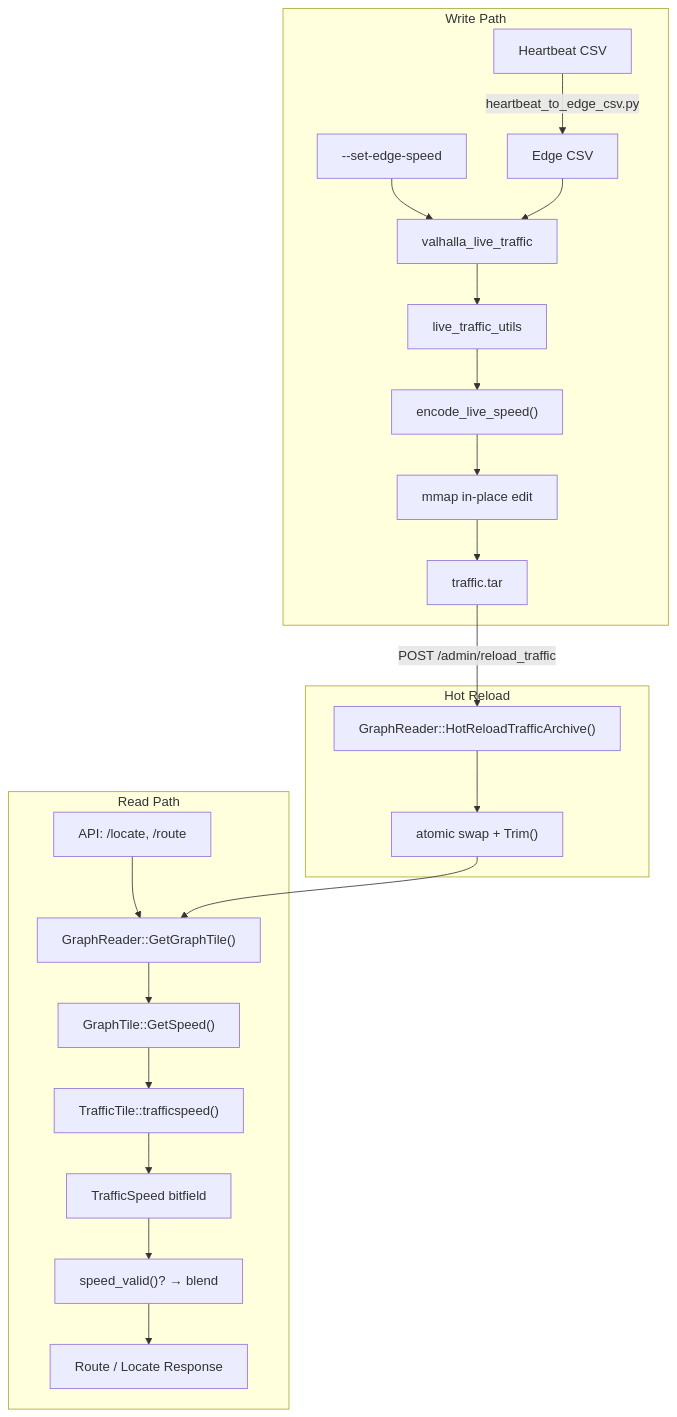
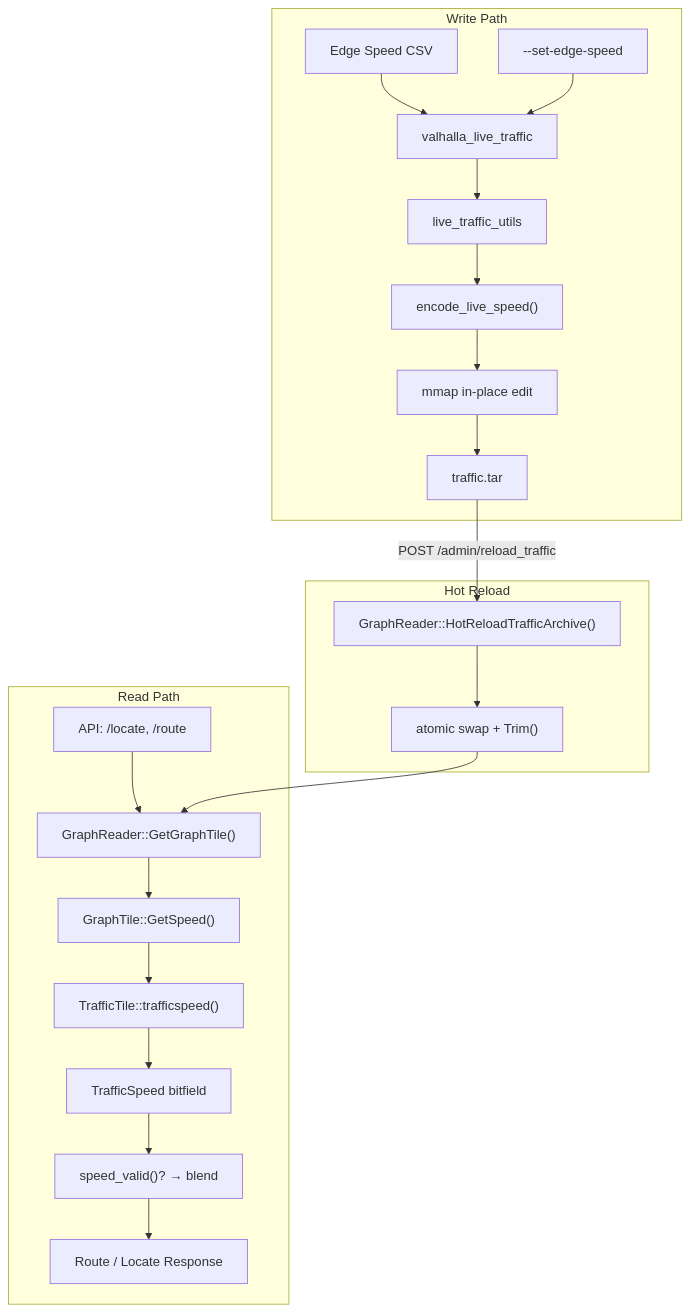
One commit to YiZe-Rao/valhalla_hotreload changed the first of 2 diagrams in README.md. Above: the diagram before and after it, drawn with Mermaid. The commit also changed other lines of this file and 22 other files, not shown here.

````diff
--- a/README.md
+++ b/README.md
@@ -44,28 +24,27 @@
 ```mermaid
 graph TD
     subgraph "Write Path"
-        A["Heartbeat CSV"] -->|heartbeat_to_edge_csv.py| B["Edge CSV"]
-        C["--set-edge-speed"] --> D["valhalla_live_traffic"]
-        B --> D
-        D --> E["live_traffic_utils"]
-        E --> F["encode_live_speed()"]
-        F --> G["mmap in-place edit"]
-        G --> H["traffic.tar"]
+        A["Edge Speed CSV"] --> B["valhalla_live_traffic"]
+        C["--set-edge-speed"] --> B
+        B --> D["live_traffic_utils"]
+        D --> E["encode_live_speed()"]
+        E --> F["mmap in-place edit"]
+        F --> G["traffic.tar"]
     end
 
     subgraph "Hot Reload"
-        H -->|"POST /admin/reload_traffic"| I["GraphReader::HotReloadTrafficArchive()"]
-        I --> J["atomic swap + Trim()"]
+        G -->|"POST /admin/reload_traffic"| H["GraphReader::HotReloadTrafficArchive()"]
+        H --> I["atomic swap + Trim()"]
     end
 
     subgraph "Read Path"
-        K["API: /locate, /route"] --> L["GraphReader::GetGraphTile()"]
-        L --> M["GraphTile::GetSpeed()"]
-        M --> N["TrafficTile::trafficspeed()"]
-        N --> O["TrafficSpeed bitfield"]
-        O --> P["speed_valid()? → blend"]
-        P --> Q["Route / Locate Response"]
+        J["API: /locate, /route"] --> K["GraphReader::GetGraphTile()"]
+        K --> L["GraphTile::GetSpeed()"]
+        L --> M["TrafficTile::trafficspeed()"]
+        M --> N["TrafficSpeed bitfield"]
+        N --> O["speed_valid()? → blend"]
+        O --> P["Route / Locate Response"]
     end
 
-    J --> L
+    I --> K
 ```
````
